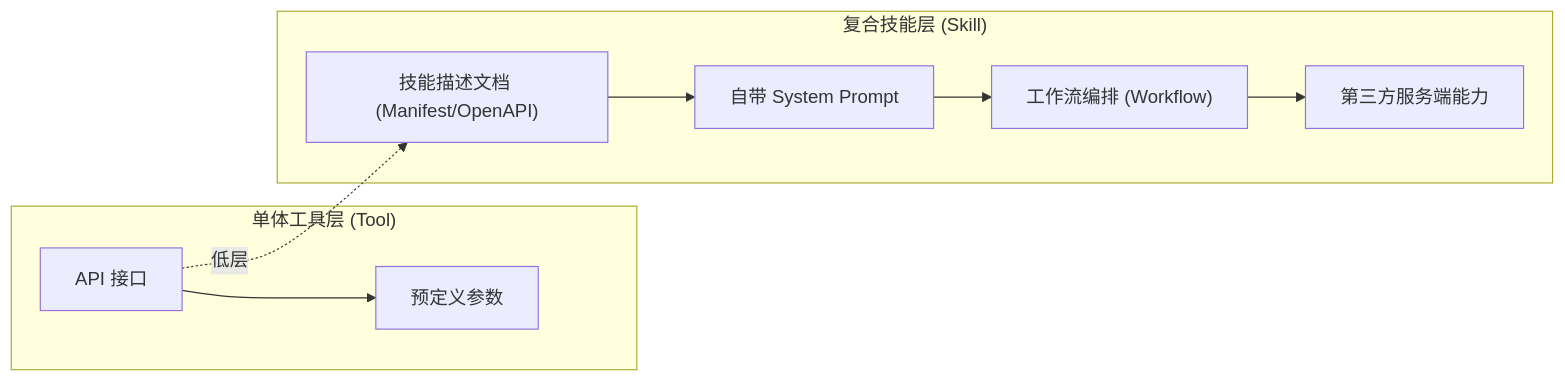
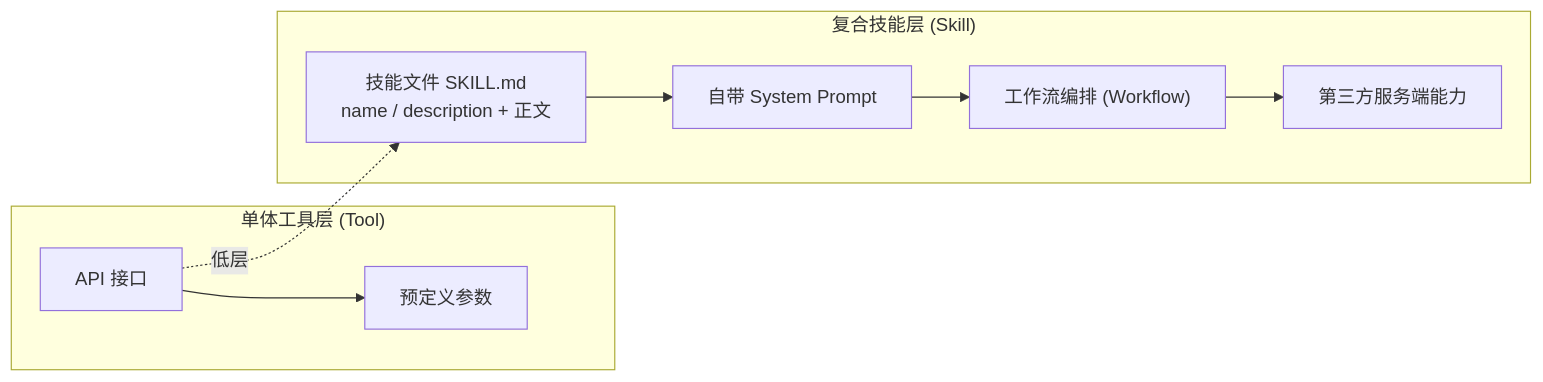
The first of 2 diagrams in 12_agent_attack_surface/12.2_agent_skills.md (yeasy/ai_security_guide), drawn with Mermaid before and after one commit. The commit also changed other lines of this file and 29 other files, not shown here.

````diff
--- a/12_agent_attack_surface/12.2_agent_skills.md
+++ b/12_agent_attack_surface/12.2_agent_skills.md
@@ -14,14 +14,14 @@
 ```mermaid
 flowchart LR
     subgraph "单体工具层 (Tool)"
     A["API 接口"] --> B["预定义参数"]
     end
 
     subgraph "复合技能层 (Skill)"
-    C["技能描述文档 (Manifest/OpenAPI)"] --> D["自带 System Prompt"]
+    C["技能文件 SKILL.md<br/>name / description + 正文"] --> D["自带 System Prompt"]
     D --> E["工作流编排 (Workflow)"]
     E --> F["第三方服务端能力"]
     end
 
     A -.->|低层| C
 ```
````
